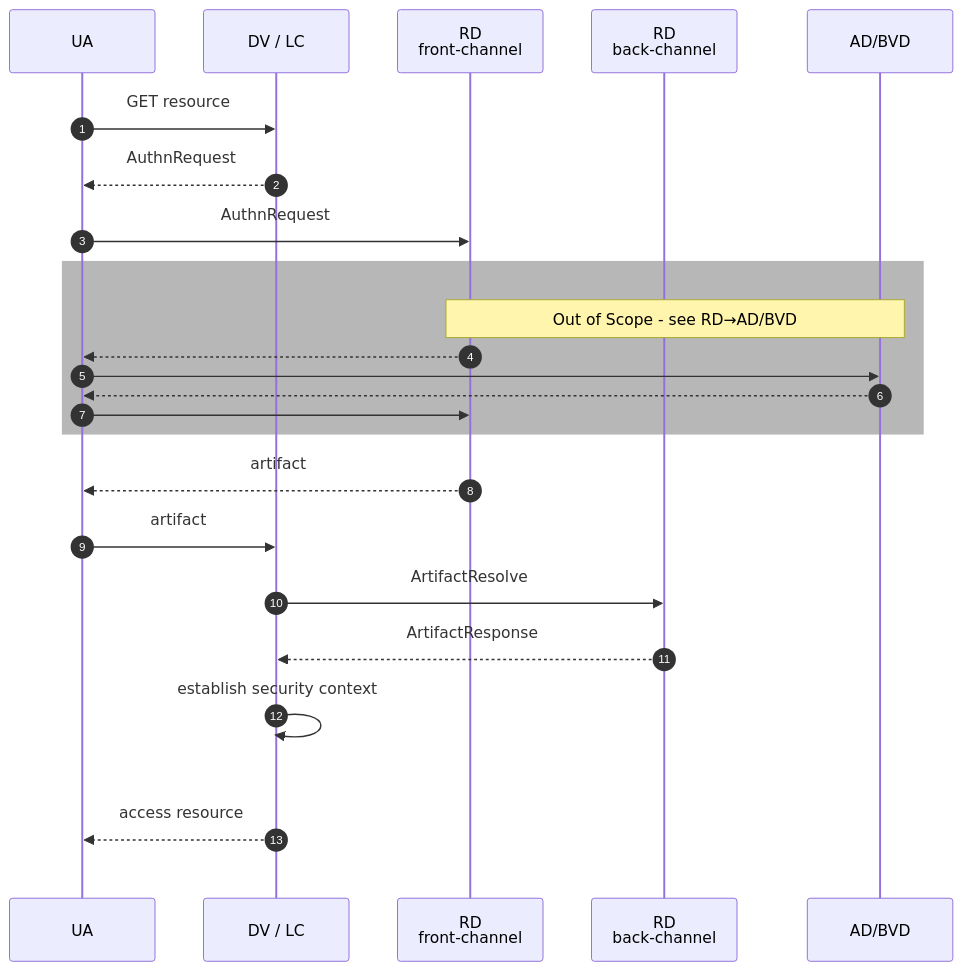
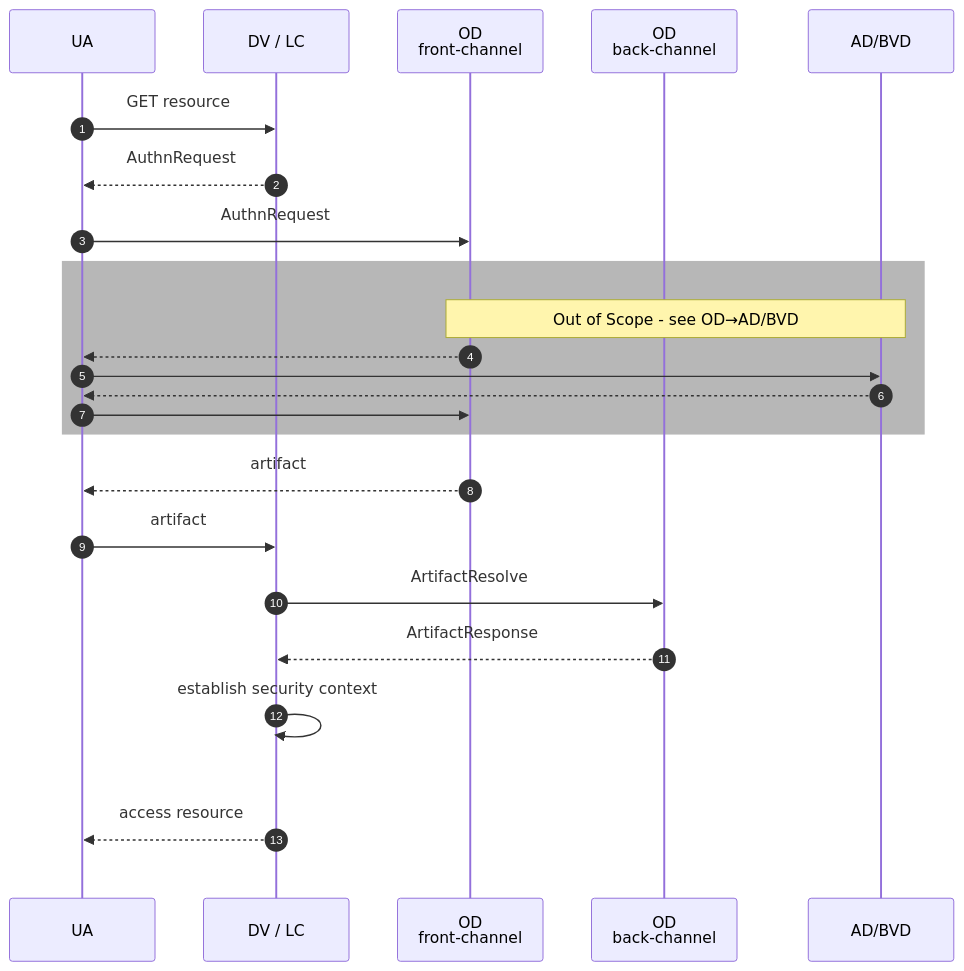
Before and after one commit to Logius-standaarden/st-saml-spec: the diagram in media/authentication-representation-flow.mermaid, drawn with Mermaid. The commit also changed 31 other files, not shown here.

Commit message:
Use OD terminology throughout specification and diagrams

```diff
--- a/media/authentication-representation-flow.mermaid
+++ b/media/authentication-representation-flow.mermaid
@@ -1,29 +1,29 @@
 %%{init: {
     "themeVariables": {"fontSize": "24px"},
     "sequence": {"boxMargin": 20}
 }}%%
 sequenceDiagram
 autonumber
 participant A as UA
 participant B as DV / LC
-participant C as RD <br /> front-channel
-participant D as RD <br /> back-channel
+participant C as OD <br /> front-channel
+participant D as OD <br /> back-channel
 participant E as AD/BVD
 A->>B: GET resource
 B-->>A: AuthnRequest
 A->>C: AuthnRequest
 rect rgba(75, 75, 75,.4)
-    Note over C,E: Out of Scope - see RD#8594;AD/BVD
+    Note over C,E: Out of Scope - see OD#8594;AD/BVD
     C-->>A:
     A->>E:
     E-->>A:
     A->>C:
 end
 C-->>A: artifact
 A->>B: artifact
 B->>D: ArtifactResolve
 D-->>B: ArtifactResponse
 B->>B: establish security context
 rect rgba(75, 75, 75, 0)
     B-->>A: access resource
 end
```
